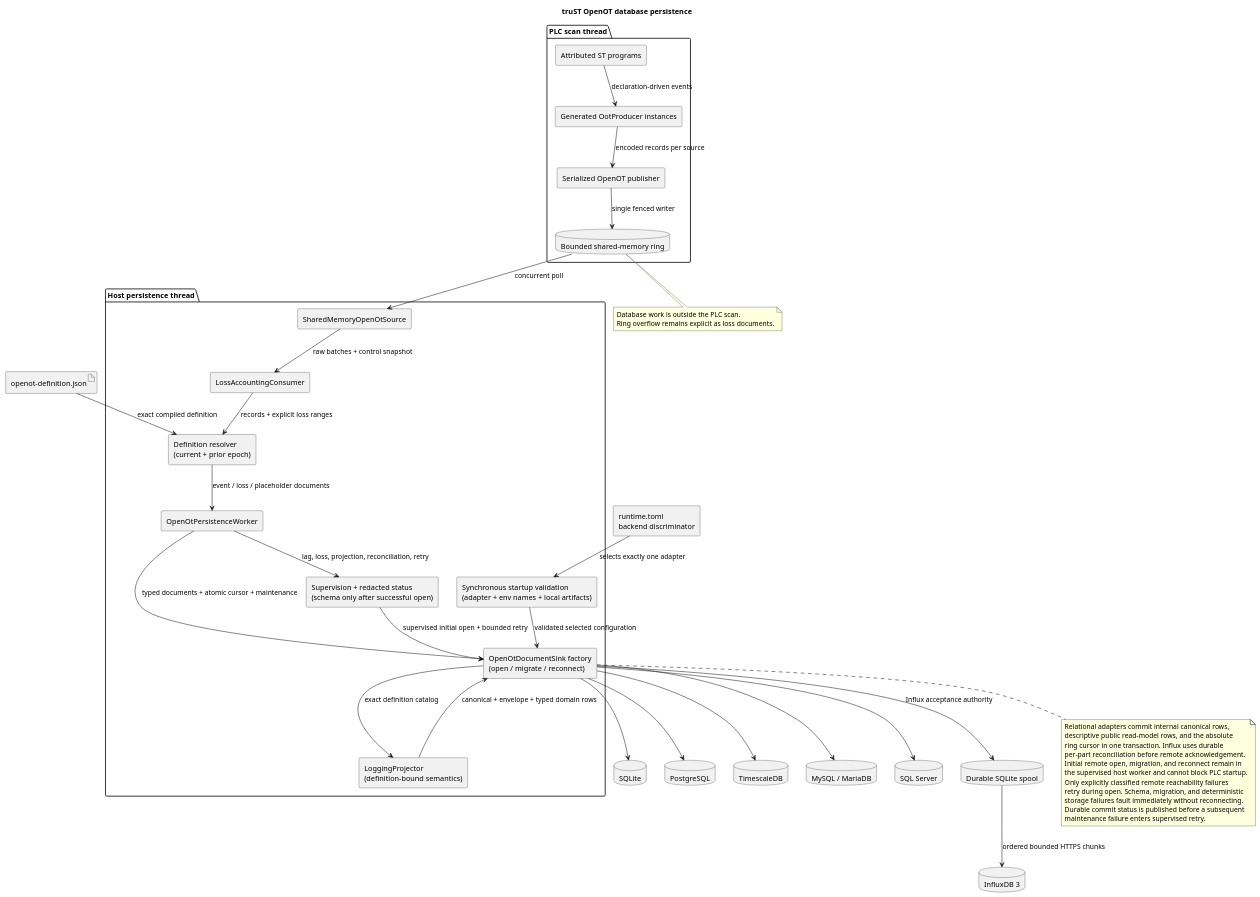
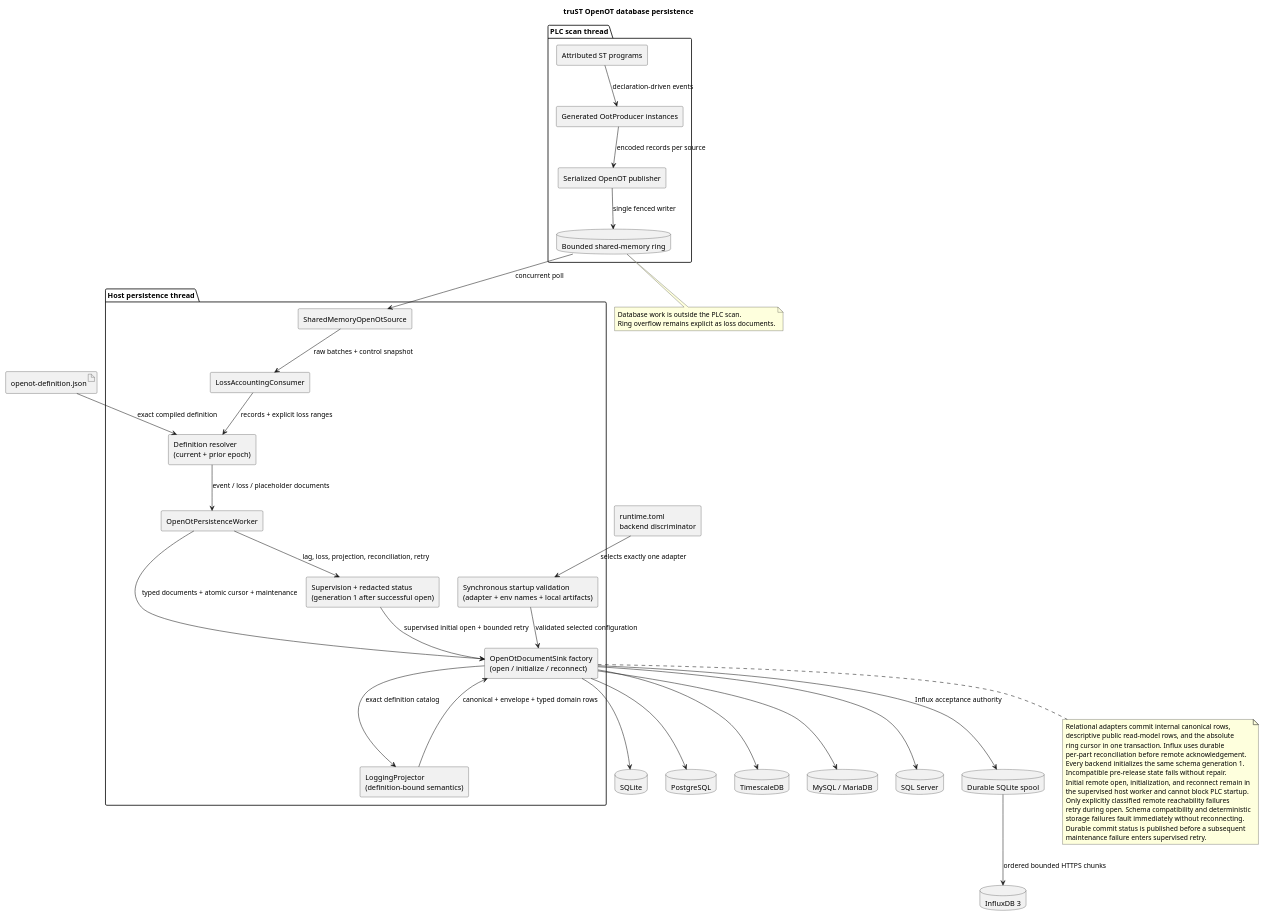
One commit to johannesPettersson80/trust-platform changed the diagram in docs/diagrams/architecture/openot-database-persistence.puml. Above: the diagram before and after it, drawn with PlantUML. The commit also changed 64 other files, not shown here.

Commit message:
Finalize OpenOT database initial schema

```diff
--- a/docs/diagrams/architecture/openot-database-persistence.puml
+++ b/docs/diagrams/architecture/openot-database-persistence.puml
@@ -1,75 +1,77 @@
 @startuml
 title truST OpenOT database persistence
 skinparam componentStyle rectangle
 
 package "PLC scan thread" {
   component "Attributed ST programs" as st
   component "Generated OotProducer instances" as producers
   component "Serialized OpenOT publisher" as publisher
   database "Bounded shared-memory ring" as ring
   st --> producers : declaration-driven events
   producers --> publisher : encoded records per source
   publisher --> ring : single fenced writer
 }
 
 package "Host persistence thread" {
   component "SharedMemoryOpenOtSource" as source
   component "LossAccountingConsumer" as loss
   component "Definition resolver\n(current + prior epoch)" as resolver
   component "OpenOtPersistenceWorker" as worker
   component "LoggingProjector\n(definition-bound semantics)" as projector
   component "Synchronous startup validation\n(adapter + env names + local artifacts)" as startup
-  component "OpenOtDocumentSink factory\n(open / migrate / reconnect)" as factory
-  component "Supervision + redacted status\n(schema only after successful open)" as status
+  component "OpenOtDocumentSink factory\n(open / initialize / reconnect)" as factory
+  component "Supervision + redacted status\n(generation 1 after successful open)" as status
   ring --> source : concurrent poll
   source --> loss : raw batches + control snapshot
   loss --> resolver : records + explicit loss ranges
   resolver --> worker : event / loss / placeholder documents
   startup --> factory : validated selected configuration
   status --> factory : supervised initial open + bounded retry
   worker --> factory : typed documents + atomic cursor + maintenance
   factory --> projector : exact definition catalog
   projector --> factory : canonical + envelope + typed domain rows
   worker --> status : lag, loss, projection, reconciliation, retry
 }
 
 artifact "openot-definition.json" as definition
 component "runtime.toml\nbackend discriminator" as toml
 definition --> resolver : exact compiled definition
 toml --> startup : selects exactly one adapter
 
 database "SQLite" as sqlite
 database "PostgreSQL" as postgres
 database "TimescaleDB" as timescale
 database "MySQL / MariaDB" as mysql
 database "SQL Server" as sqlserver
 database "InfluxDB 3" as influx
 database "Durable SQLite spool" as spool
 
 factory --> sqlite
 factory --> postgres
 factory --> timescale
 factory --> mysql
 factory --> sqlserver
 factory --> spool : Influx acceptance authority
 spool --> influx : ordered bounded HTTPS chunks
 
 note bottom of ring
 Database work is outside the PLC scan.
 Ring overflow remains explicit as loss documents.
 end note
 
 note bottom of factory
 Relational adapters commit internal canonical rows,
 descriptive public read-model rows, and the absolute
 ring cursor in one transaction. Influx uses durable
 per-part reconciliation before remote acknowledgement.
-Initial remote open, migration, and reconnect remain in
+Every backend initializes the same schema generation 1.
+Incompatible pre-release state fails without repair.
+Initial remote open, initialization, and reconnect remain in
 the supervised host worker and cannot block PLC startup.
 Only explicitly classified remote reachability failures
-retry during open. Schema, migration, and deterministic
+retry during open. Schema compatibility and deterministic
 storage failures fault immediately without reconnecting.
 Durable commit status is published before a subsequent
 maintenance failure enters supervised retry.
 end note
 @enduml
```
